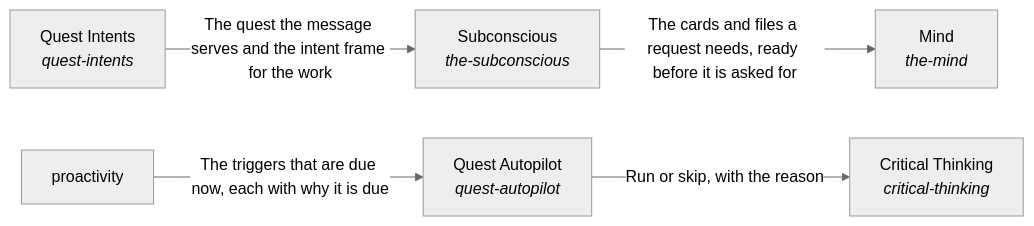
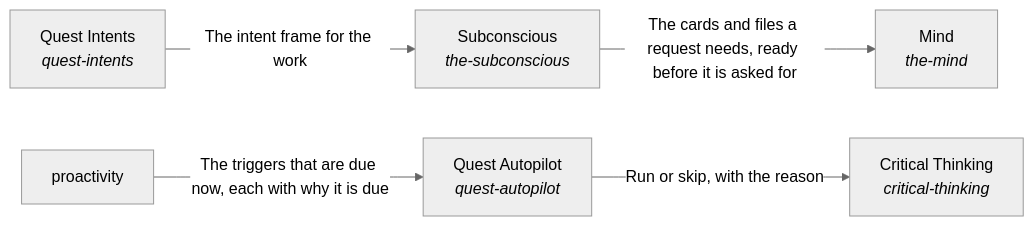
Before and after one commit to SpiritualData/quest-ai-runner: the diagram in quest_ai_runner/the_intelligence/README.md, drawn with Mermaid (neutral theme). The commit also changed other lines of this file and 47 other files, not shown here.

First line of the commit message:
Place On A Quest: one solution, one metric, one port for which quest a message belongs to

````diff
--- a/quest_ai_runner/the_intelligence/README.md
+++ b/quest_ai_runner/the_intelligence/README.md
@@ -17,13 +17,13 @@
 ```mermaid
 flowchart LR
     s0["Subconscious<br/><i>the-subconscious</i>"]
     s1["Mind<br/><i>the-mind</i>"]
     s2["Critical Thinking<br/><i>critical-thinking</i>"]
     s3["Quest Autopilot<br/><i>quest-autopilot</i>"]
     s4["Quest Intents<br/><i>quest-intents</i>"]
     s5["proactivity"]
     s0 -->|"The cards and files a request needs, ready before it is asked for"| s1
     s3 -->|"Run or skip, with the reason"| s2
-    s4 -->|"The quest the message serves and the intent frame for the work"| s0
+    s4 -->|"The intent frame for the work"| s0
     s5 -->|"The triggers that are due now, each with why it is due"| s3
 ```
````
